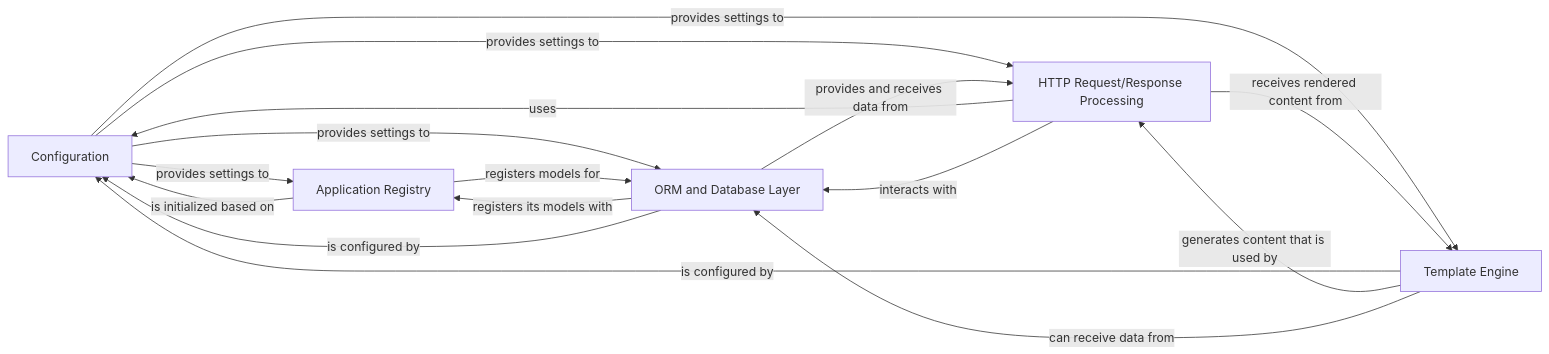
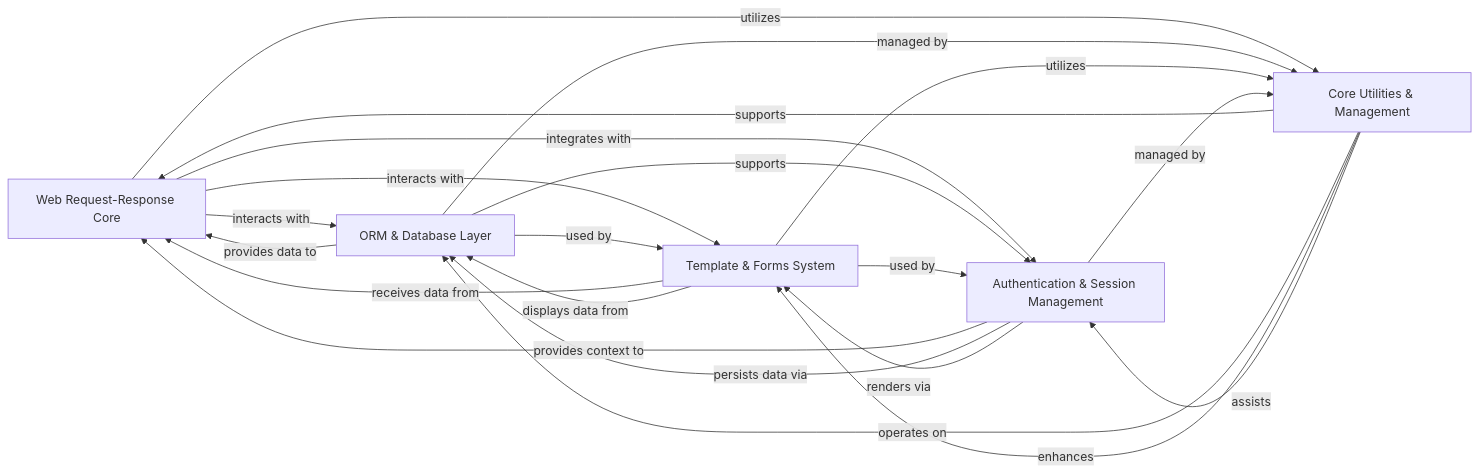
One commit to CodeBoarding/GeneratedOnBoardings changed the diagram in django/on_boarding.md. Above: the diagram before and after it, drawn with Mermaid. The commit also changed other lines of this file and 70 other files, not shown here.

````diff
--- a/django/on_boarding.md
+++ b/django/on_boarding.md
@@ -1,28 +1,33 @@
 ```mermaid
 graph LR
-    Configuration["Configuration"]
-    Application_Registry["Application Registry"]
-    HTTP_Request_Response_Processing["HTTP Request/Response Processing"]
-    ORM_and_Database_Layer["ORM and Database Layer"]
-    Template_Engine["Template Engine"]
-    Configuration -- "provides settings to" --> Application_Registry
-    Configuration -- "provides settings to" --> HTTP_Request_Response_Processing
-    Configuration -- "provides settings to" --> ORM_and_Database_Layer
-    Configuration -- "provides settings to" --> Template_Engine
-    Application_Registry -- "is initialized based on" --> Configuration
-    Application_Registry -- "registers models for" --> ORM_and_Database_Layer
-    HTTP_Request_Response_Processing -- "uses" --> Configuration
-    HTTP_Request_Response_Processing -- "interacts with" --> ORM_and_Database_Layer
-    HTTP_Request_Response_Processing -- "receives rendered content from" --> Template_Engine
-    ORM_and_Database_Layer -- "registers its models with" --> Application_Registry
-    ORM_and_Database_Layer -- "is configured by" --> Configuration
-    ORM_and_Database_Layer -- "provides and receives data from" --> HTTP_Request_Response_Processing
-    Template_Engine -- "is configured by" --> Configuration
-    Template_Engine -- "generates content that is used by" --> HTTP_Request_Response_Processing
-    Template_Engine -- "can receive data from" --> ORM_and_Database_Layer
-    click Configuration href "https://github.com/CodeBoarding/GeneratedOnBoardings/blob/main//django/Configuration.md" "Details"
-    click Application_Registry href "https://github.com/CodeBoarding/GeneratedOnBoardings/blob/main//django/Application_Registry.md" "Details"
-    click HTTP_Request_Response_Processing href "https://github.com/CodeBoarding/GeneratedOnBoardings/blob/main//django/HTTP_Request_Response_Processing.md" "Details"
-    click ORM_and_Database_Layer href "https://github.com/CodeBoarding/GeneratedOnBoardings/blob/main//django/ORM_and_Database_Layer.md" "Details"
-    click Template_Engine href "https://github.com/CodeBoarding/GeneratedOnBoardings/blob/main//django/Template_Engine.md" "Details"
+    Web_Request_Response_Core["Web Request-Response Core"]
+    ORM_Database_Layer["ORM & Database Layer"]
+    Template_Forms_System["Template & Forms System"]
+    Authentication_Session_Management["Authentication & Session Management"]
+    Core_Utilities_Management["Core Utilities & Management"]
+    Web_Request_Response_Core -- "interacts with" --> ORM_Database_Layer
+    Web_Request_Response_Core -- "interacts with" --> Template_Forms_System
+    Web_Request_Response_Core -- "integrates with" --> Authentication_Session_Management
+    Web_Request_Response_Core -- "utilizes" --> Core_Utilities_Management
+    ORM_Database_Layer -- "provides data to" --> Web_Request_Response_Core
+    ORM_Database_Layer -- "used by" --> Template_Forms_System
+    ORM_Database_Layer -- "supports" --> Authentication_Session_Management
+    ORM_Database_Layer -- "managed by" --> Core_Utilities_Management
+    Template_Forms_System -- "receives data from" --> Web_Request_Response_Core
+    Template_Forms_System -- "displays data from" --> ORM_Database_Layer
+    Template_Forms_System -- "used by" --> Authentication_Session_Management
+    Template_Forms_System -- "utilizes" --> Core_Utilities_Management
+    Authentication_Session_Management -- "provides context to" --> Web_Request_Response_Core
+    Authentication_Session_Management -- "persists data via" --> ORM_Database_Layer
+    Authentication_Session_Management -- "renders via" --> Template_Forms_System
+    Authentication_Session_Management -- "managed by" --> Core_Utilities_Management
+    Core_Utilities_Management -- "supports" --> Web_Request_Response_Core
+    Core_Utilities_Management -- "operates on" --> ORM_Database_Layer
+    Core_Utilities_Management -- "enhances" --> Template_Forms_System
+    Core_Utilities_Management -- "assists" --> Authentication_Session_Management
+    click Web_Request_Response_Core href "https://github.com/CodeBoarding/GeneratedOnBoardings/blob/main//django/Web_Request_Response_Core.md" "Details"
+    click ORM_Database_Layer href "https://github.com/CodeBoarding/GeneratedOnBoardings/blob/main//django/ORM_Database_Layer.md" "Details"
+    click Template_Forms_System href "https://github.com/CodeBoarding/GeneratedOnBoardings/blob/main//django/Template_Forms_System.md" "Details"
+    click Authentication_Session_Management href "https://github.com/CodeBoarding/GeneratedOnBoardings/blob/main//django/Authentication_Session_Management.md" "Details"
+    click Core_Utilities_Management href "https://github.com/CodeBoarding/GeneratedOnBoardings/blob/main//django/Core_Utilities_Management.md" "Details"
 ```
````
